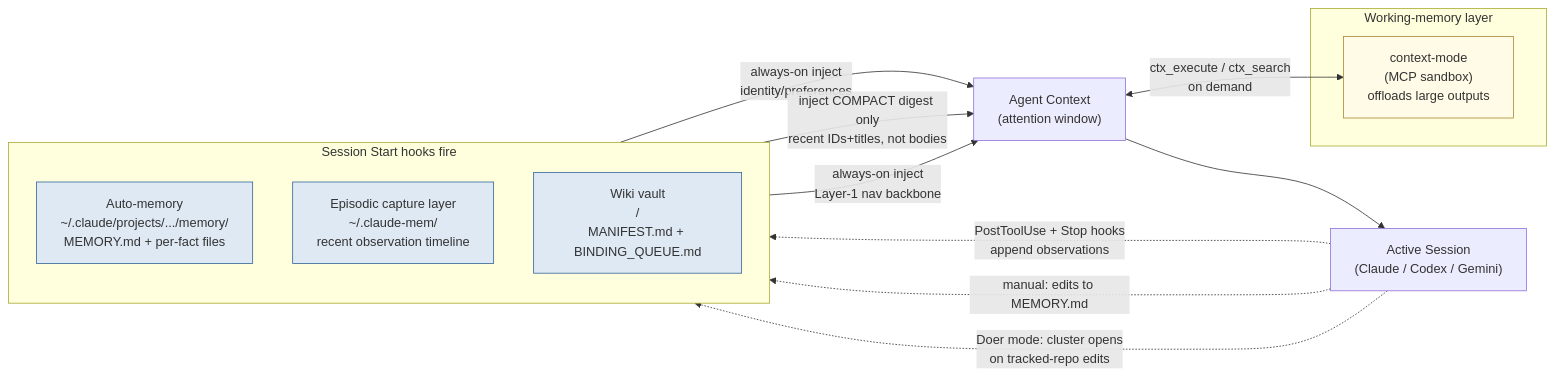
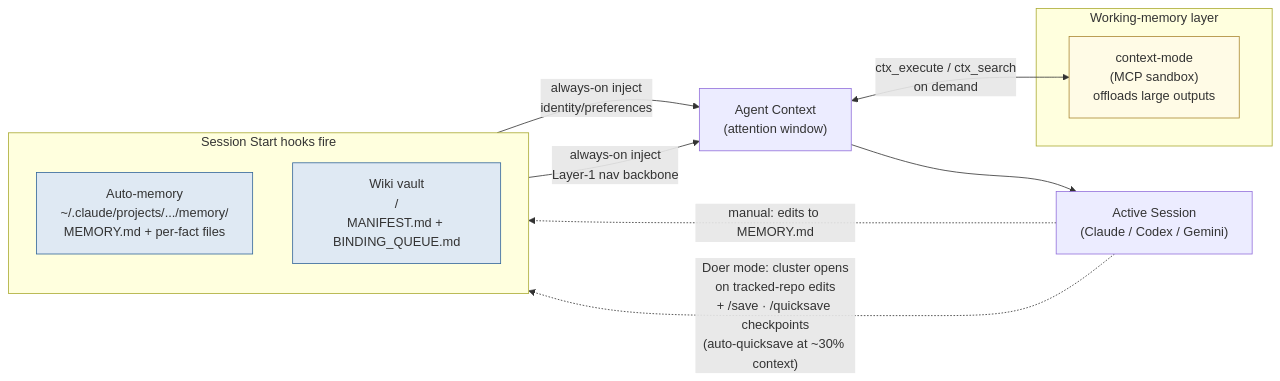
The third of 7 diagrams in docs/INFRASTRUCTURE.md (FRBio-maker/hive-mind-os), drawn with Mermaid before and after one commit. The commit also changed other lines of this file and 12 other files, not shown here.

First line of the commit message:
docs: memory doctrine v2 (episodic retired, checkpoints) + observability layer

````diff
--- a/docs/INFRASTRUCTURE.md
+++ b/docs/INFRASTRUCTURE.md
@@ -186,31 +188,28 @@
 ```mermaid
 flowchart LR
     subgraph SS[Session Start hooks fire]
         direction TB
         AM["Auto-memory<br/>~/.claude/projects/.../memory/<br/>MEMORY.md + per-fact files"]
-        CM["Episodic capture layer<br/>~/.claude-mem/<br/>recent observation timeline"]
         OW["Wiki vault<br/><vault>/<br/>MANIFEST.md + BINDING_QUEUE.md"]
     end
 
     AM -->|always-on inject<br/>identity/preferences| AC
-    CM -->|inject COMPACT digest only<br/>recent IDs+titles, not bodies| AC
     OW -->|always-on inject<br/>Layer-1 nav backbone| AC
 
     AC["Agent Context<br/>(attention window)"]
 
     subgraph WM[Working-memory layer]
         CTX["context-mode<br/>(MCP sandbox)<br/>offloads large outputs"]
     end
 
     AC <-->|ctx_execute / ctx_search<br/>on demand| CTX
     AC --> ACT["Active Session<br/>(Claude / Codex / Gemini)"]
 
-    ACT -. "PostToolUse + Stop hooks<br/>append observations" .-> CM
     ACT -. "manual: edits to MEMORY.md" .-> AM
-    ACT -. "Doer mode: cluster opens<br/>on tracked-repo edits" .-> OW
+    ACT -. "Doer mode: cluster opens<br/>on tracked-repo edits<br/>+ /save · /quicksave checkpoints<br/>(auto-quicksave at ~30% context)" .-> OW
 
     classDef inject fill:#dfe9f3,stroke:#369
     classDef sandbox fill:#fffbe6,stroke:#a83
-    class AM,CM,OW inject
+    class AM,OW inject
     class CTX sandbox
 ```
````
